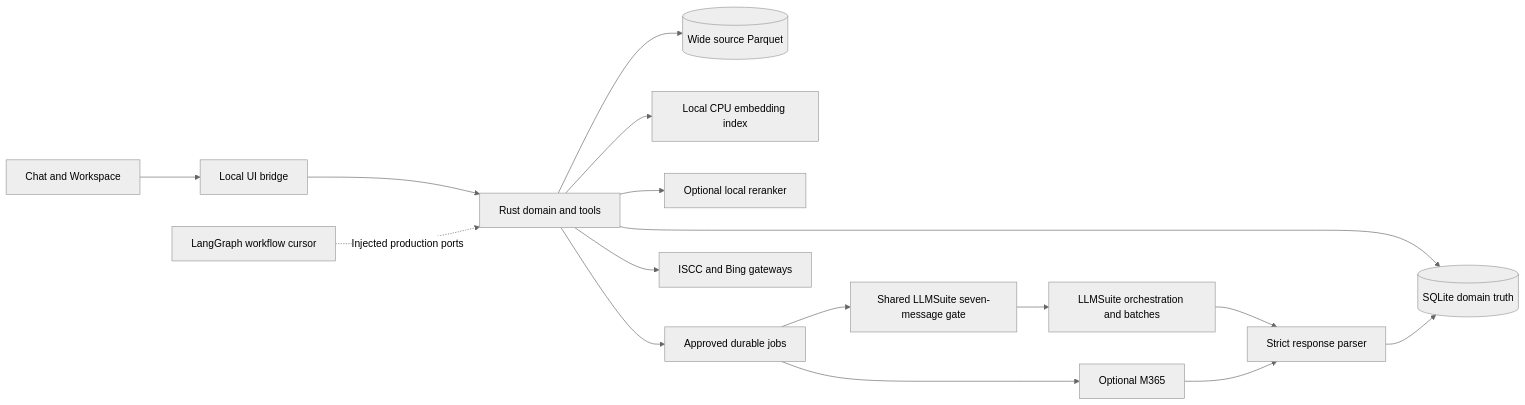
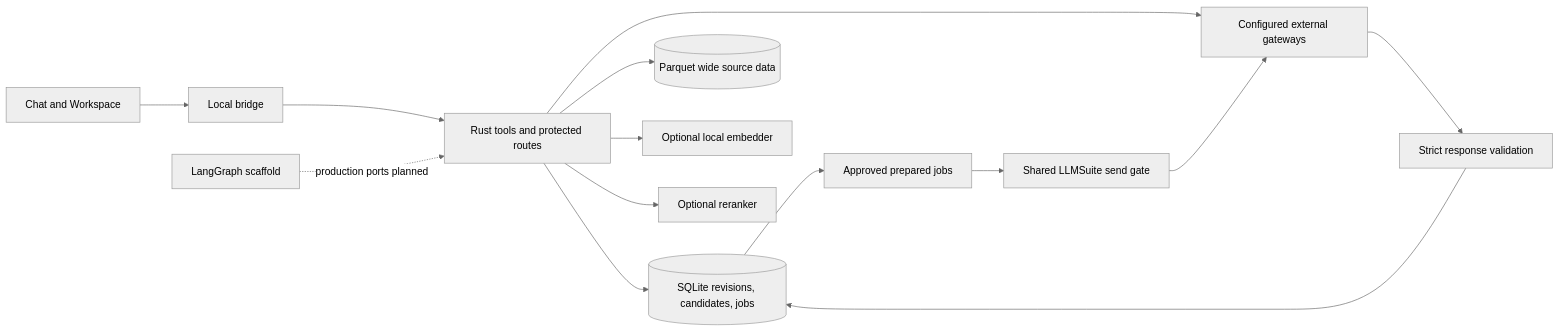
The diagram in mna-tools/docs/BACKEND_ARCHITECTURE.md (saksham-personal/local-first-mna-screening), drawn with Mermaid (neutral theme) before and after one commit. The commit also changed other lines of this file and 83 other files, not shown here.

````diff
--- a/mna-tools/docs/BACKEND_ARCHITECTURE.md
+++ b/mna-tools/docs/BACKEND_ARCHITECTURE.md
@@ -19,18 +18,16 @@
 ```mermaid
 flowchart LR
-    UI[Chat and Workspace] --> B[Local UI bridge]
-    B --> R[Rust domain and tools]
-    G[LangGraph workflow cursor] -. Injected production ports .-> R
-    R --> S[(SQLite domain truth)]
-    R --> P[(Wide source Parquet)]
-    R --> E[Local CPU embedding index]
-    R --> K[Optional local reranker]
-    R --> J[Approved durable jobs]
-    J --> L[Shared LLMSuite seven-message gate]
-    L --> A[LLMSuite orchestration and batches]
-    J --> C[Optional M365]
-    A --> V[Strict response parser]
-    C --> V
-    V --> S
-    R --> I[ISCC and Bing gateways]
+    U[Chat and Workspace] --> B[Local bridge]
+    B --> R[Rust tools and protected routes]
+    R --> D[(SQLite revisions, candidates, jobs)]
+    R --> P[(Parquet wide source data)]
+    R --> E[Optional local embedder]
+    R --> K[Optional reranker]
+    R --> X[Configured external gateways]
+    G[LangGraph scaffold] -. production ports planned .-> R
+    D --> Q[Approved prepared jobs]
+    Q --> L[Shared LLMSuite send gate]
+    L --> X
+    X --> V[Strict response validation]
+    V --> D
 ```
````
